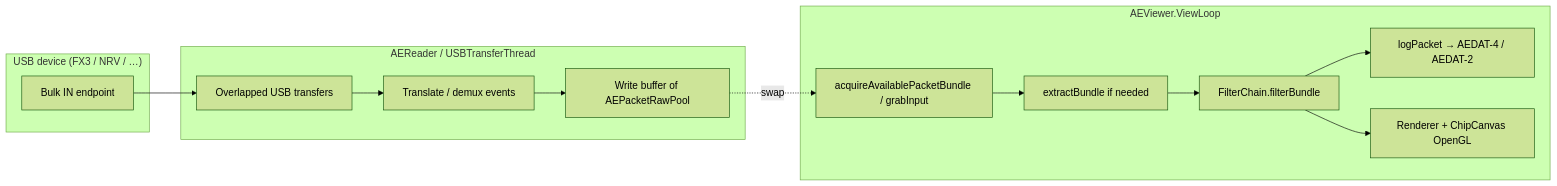
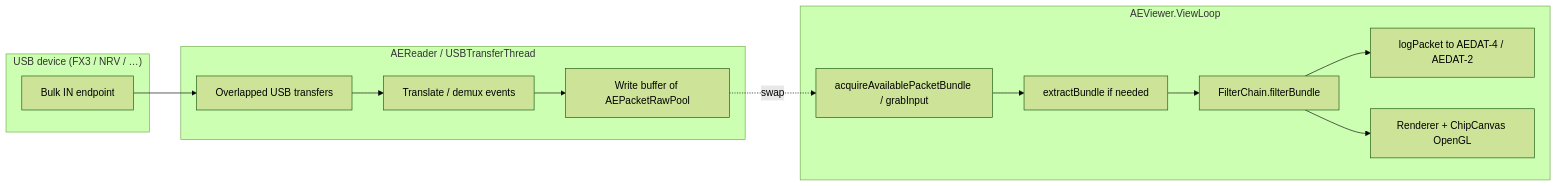
Before and after one commit to SensorsINI/jaer: the first of 6 diagrams in docs/README-jaer3.md, drawn with Mermaid (forest theme). The commit also changed other lines of this file, not shown here.

Commit message:
fixed diagram

````diff
--- a/docs/README-jaer3.md
+++ b/docs/README-jaer3.md
@@ -17,24 +17,24 @@
 ```mermaid
 flowchart LR
   subgraph USB["USB device (FX3 / NRV / …)"]
     EP[Bulk IN endpoint]
   end
 
   subgraph Capture["AEReader / USBTransferThread"]
     XFER[Overlapped USB transfers]
     PARSE[Translate / demux events]
     WBUF[Write buffer of AEPacketRawPool]
   end
 
   subgraph View["AEViewer.ViewLoop"]
     ACQ[acquireAvailablePacketBundle / grabInput]
     EXT[extractBundle if needed]
     FILT[FilterChain.filterBundle]
-    LOG[logPacket → AEDAT-4 / AEDAT-2]
+    LOG[logPacket to AEDAT-4 / AEDAT-2]
     REN[Renderer + ChipCanvas OpenGL]
   end
 
   EP --> XFER --> PARSE --> WBUF
   WBUF -.swap.-> ACQ --> EXT --> FILT --> LOG
   FILT --> REN
 ```
````
